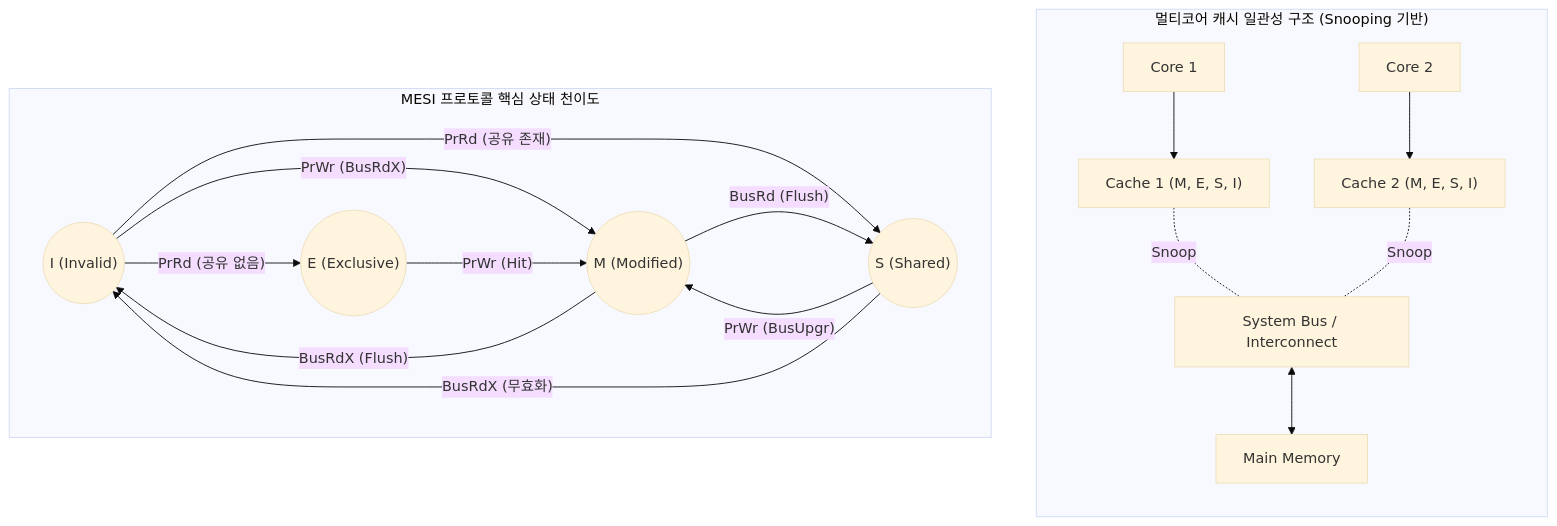
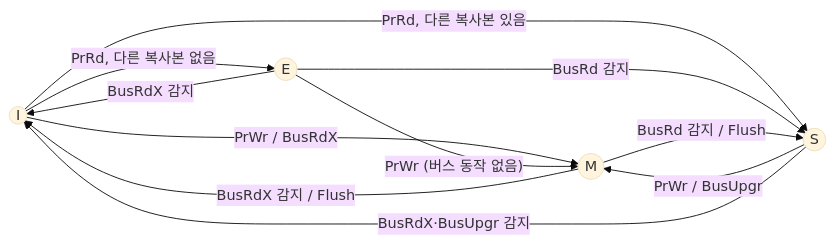
One commit to supremethumb/supremethumb.github.io changed the diagram in content/01_IT Tech/MESI 프로토콜.md. Above: the diagram before and after it, drawn with Mermaid (base theme). The commit also changed other lines of this file and 1087 other files, not shown here.

````diff
--- a/content/01_IT Tech/MESI 프로토콜.md
+++ b/content/01_IT Tech/MESI 프로토콜.md
@@ -29,29 +34,13 @@
 ```mermaid
-flowchart TB
-    subgraph "멀티코어 캐시 일관성 구조 (Snooping 기반)"
-        direction TB
-        C1["Core 1"] --> L1["Cache 1 (M, E, S, I)"]
-        C2["Core 2"] --> L2["Cache 2 (M, E, S, I)"]
-        L1 -. "Snoop" .- BUS["System Bus / Interconnect"]
-        L2 -. "Snoop" .- BUS
-        BUS <--> MEM["Main Memory"]
-    end
-
-    subgraph "MESI 프로토콜 핵심 상태 천이도"
-        direction LR
-        I(("I (Invalid)"))
-        S(("S (Shared)"))
-        E(("E (Exclusive)"))
-        M(("M (Modified)"))
-
-        I -->|"PrRd (공유 없음)"| E
-        I -->|"PrRd (공유 존재)"| S
-        I -->|"PrWr (BusRdX)"| M
-        S -->|"PrWr (BusUpgr)"| M
-        E -->|"PrWr (Hit)"| M
-        M -->|"BusRd (Flush)"| S
-        M -->|"BusRdX (Flush)"| I
-        S -->|"BusRdX (무효화)"| I
-    end
-
+flowchart LR
+    I(("I")) -- "PrRd, 다른 복사본 없음" --> E(("E"))
+    I -- "PrRd, 다른 복사본 있음" --> S(("S"))
+    I -- "PrWr / BusRdX" --> M(("M"))
+    E -- "PrWr (버스 동작 없음)" --> M
+    E -- "BusRd 감지" --> S
+    S -- "PrWr / BusUpgr" --> M
+    S -- "BusRdX·BusUpgr 감지" --> I
+    M -- "BusRd 감지 / Flush" --> S
+    M -- "BusRdX 감지 / Flush" --> I
+    E -- "BusRdX 감지" --> I
 ```
````
